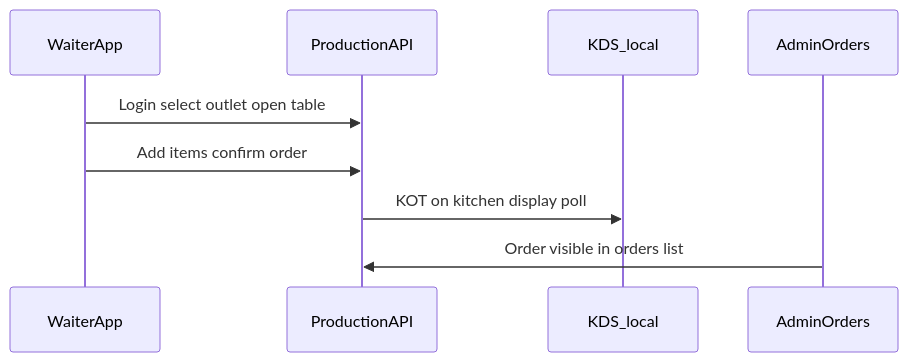
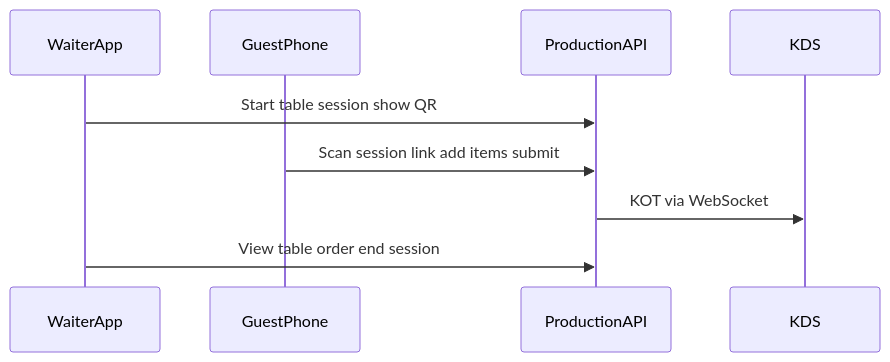
One commit to ak2hay/cullinos changed the second of 2 diagrams in docs/qa/MANUAL_TEST_PLAN.md. Above: the diagram before and after it, drawn with Mermaid. The commit also changed other lines of this file and 176 other files, not shown here.

````diff
--- a/docs/qa/MANUAL_TEST_PLAN.md
+++ b/docs/qa/MANUAL_TEST_PLAN.md
@@ -194,11 +194,11 @@
 ```mermaid
 sequenceDiagram
   participant W as WaiterApp
+  participant G as GuestPhone
   participant API as ProductionAPI
-  participant K as KDS_local
-  participant A as AdminOrders
-  W->>API: Login select outlet open table
-  W->>API: Add items confirm order
-  API->>K: KOT on kitchen display poll
-  A->>API: Order visible in orders list
+  participant K as KDS
+  W->>API: Start table session show QR
+  G->>API: Scan session link add items submit
+  API->>K: KOT via WebSocket
+  W->>API: View table order end session
 ```
````
